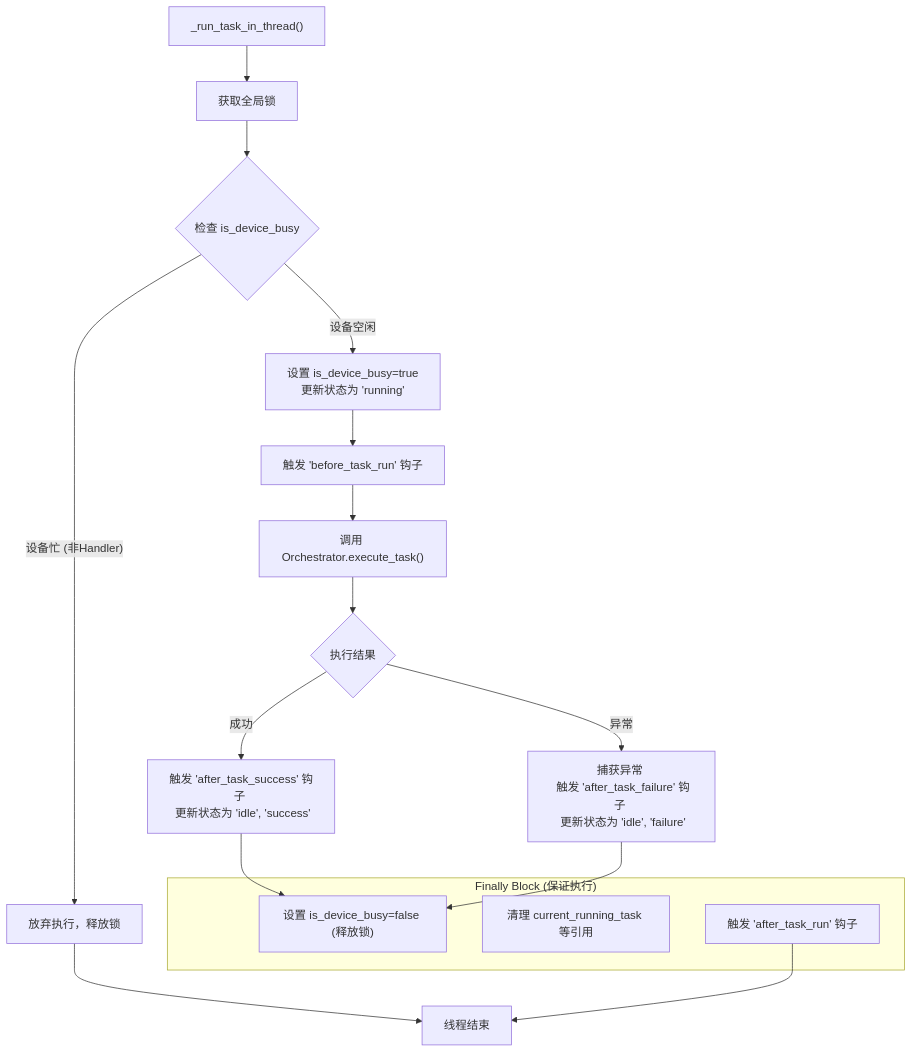
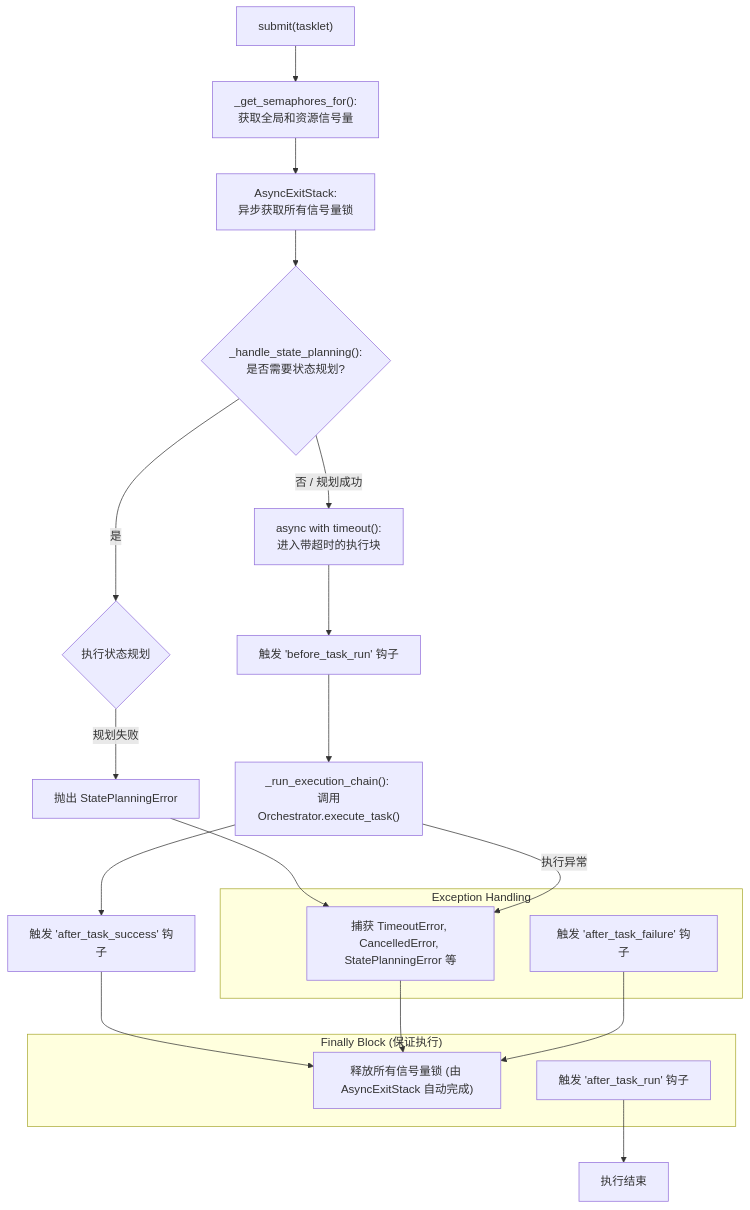
Before and after one commit to nightofknife/aura-framework: the second of 2 diagrams in readme/core_doc/exception_manager.md, drawn with Mermaid. The commit also changed other lines of this file and 22 other files, not shown here.

````diff
--- a/readme/core_doc/exception_manager.md
+++ b/readme/core_doc/exception_manager.md
@@ -65,23 +64,29 @@
 ```mermaid
 flowchart TD
-    Start["_run_task_in_thread()"] --> A["获取全局锁"];
-    A --> B{"检查 is_device_busy"};
-    B -- "设备忙 (非Handler)" --> C["放弃执行，释放锁"];
-    C --> End;
-    B -- "设备空闲" --> D["设置 is_device_busy=true <br> 更新状态为 'running'"];
-    D --> E["触发 'before_task_run' 钩子"];
-    E --> F["调用 Orchestrator.execute_task()"];
-    F --> G{执行结果};
-    G -- "成功" --> H["触发 'after_task_success' 钩子 <br> 更新状态为 'idle', 'success'"];
-    G -- "异常" --> I["捕获异常 <br> 触发 'after_task_failure' 钩子 <br> 更新状态为 'idle', 'failure'"];
+    Start["submit(tasklet)"] --> A["_get_semaphores_for(): <br> 获取全局和资源信号量"];
+    A --> B["AsyncExitStack: <br> 异步获取所有信号量锁"];
+    B --> C{"_handle_state_planning(): <br> 是否需要状态规划?"};
+    C -- "是" --> D{"执行状态规划"};
+    D -- "规划失败" --> E["抛出 StatePlanningError"];
+    C -- "否 / 规划成功" --> F["async with timeout(): <br> 进入带超时的执行块"];
+    F --> G["触发 'before_task_run' 钩子"];
+    G --> H["_run_execution_chain(): <br> 调用 Orchestrator.execute_task()"];
+    H --> I["触发 'after_task_success' 钩子"];
+    
+    subgraph "Exception Handling"
+        J["捕获 TimeoutError, CancelledError, StatePlanningError 等"]
+        K["触发 'after_task_failure' 钩子"]
+    end
     
     subgraph "Finally Block (保证执行)"
-        J["设置 is_device_busy=false (释放锁)"];
-        K["清理 current_running_task 等引用"];
-        L["触发 'after_task_run' 钩子"];
+        L["释放所有信号量锁 (由 AsyncExitStack 自动完成)"];
+        M["触发 'after_task_run' 钩子"];
     end
 
-    H --> J;
-    I --> J;
-    L --> End["线程结束"];
+    I --> L;
+    E --> J;
+    H -- "执行异常" --> J;
+    J --> L;
+    K --> L;
+    M --> End["执行结束"];
 ```
````
